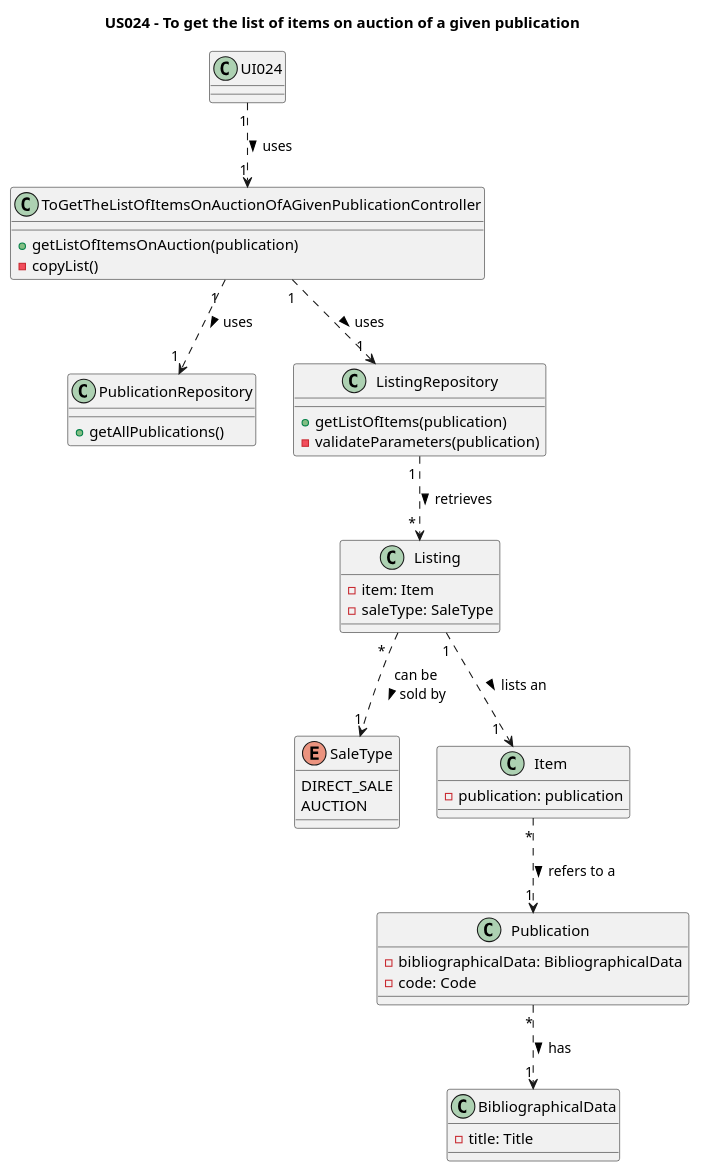
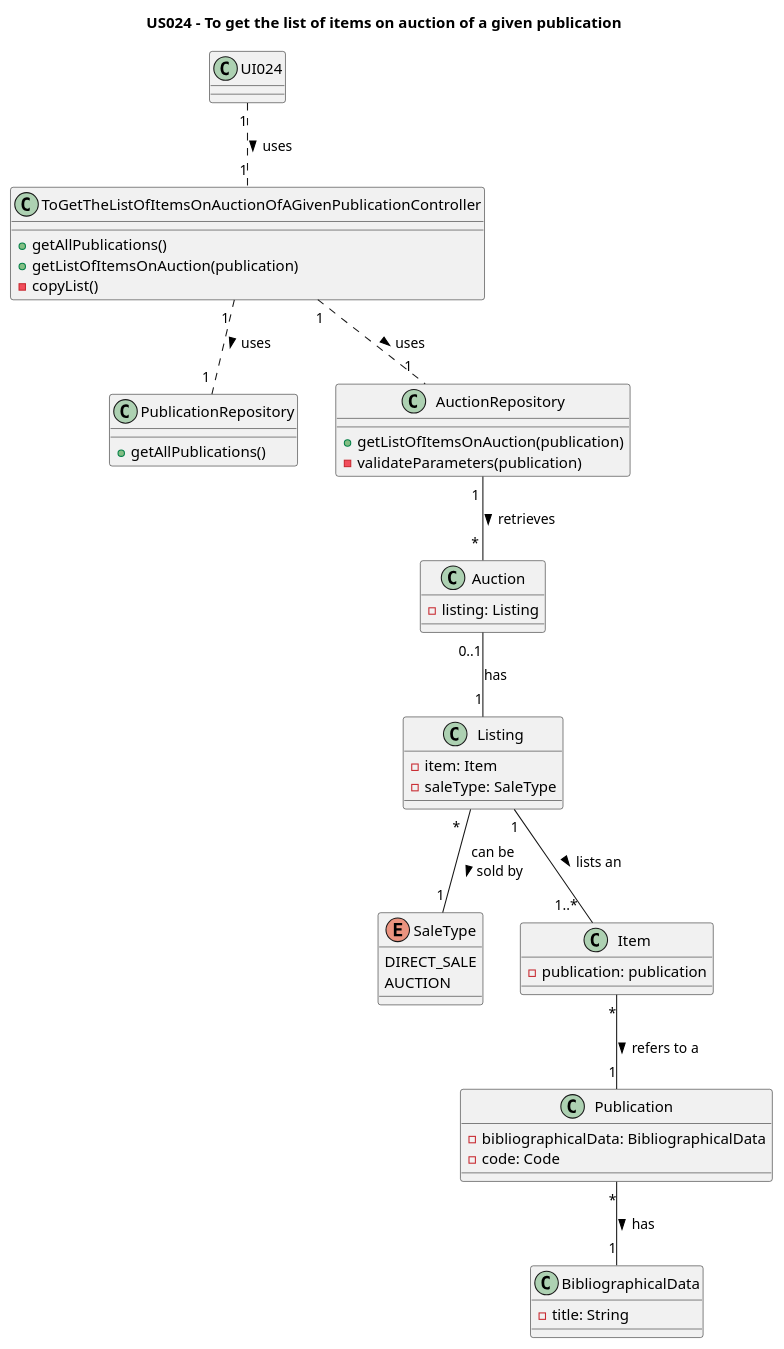
One commit to AndrePereiraGitH/SWitCH-Project-Team_A changed the diagram in Diagrams/ClassDiagrams/US024-to-get-the-list-of-items-on-auction-of-a-given-publication.puml. Above: the diagram before and after it, drawn with PlantUML. The commit also changed 1 other file, not shown here.

```diff
--- a/Diagrams/ClassDiagrams/US024-to-get-the-list-of-items-on-auction-of-a-given-publication.puml
+++ b/Diagrams/ClassDiagrams/US024-to-get-the-list-of-items-on-auction-of-a-given-publication.puml
@@ -1,62 +1,67 @@
 @startuml
 title US024 - To get the list of items on auction of a given publication
 
 class UI024 {
 
 }
 
 class ToGetTheListOfItemsOnAuctionOfAGivenPublicationController {
+  +getAllPublications()
   +getListOfItemsOnAuction(publication)
   -copyList()
 }
 
 class PublicationRepository{
     +getAllPublications()
 }
 
-class ListingRepository {
-  +getListOfItems(publication)
-  ' -convertStringToEnum(typeOfSale, publication)
+class AuctionRepository {
+  +getListOfItemsOnAuction(publication)
   -validateParameters(publication)
+}
+
+class Auction {
+ - listing: Listing
 }
 
 class Listing {
   - item: Item
   - saleType: SaleType
 }
 
 enum SaleType {
     DIRECT_SALE
     AUCTION
 }
 
 ' class Item {
 '    - bibliographicalData: BibliographicalData
 '}
 
 class Item {
     - publication: publication
 }
 
 class Publication {
     - bibliographicalData: BibliographicalData
     - code: Code
 }
 
 class BibliographicalData {
-    - title: Title
+    - title: String
 }
 
 ' Interactions
 
-UI024 "1" ..> "1" ToGetTheListOfItemsOnAuctionOfAGivenPublicationController: uses >
-ToGetTheListOfItemsOnAuctionOfAGivenPublicationController  "1 " ..> "1 " ListingRepository : uses >
-ToGetTheListOfItemsOnAuctionOfAGivenPublicationController  "1 " ..> "1 " PublicationRepository : uses >
-ListingRepository "1 " ..> " * " Listing : retrieves >
-Listing "                                *" ..> "1" SaleType : can be\nsold by >
-Listing "1" ..> "1  " Item : lists an >
+UI024 "1" .. "1" ToGetTheListOfItemsOnAuctionOfAGivenPublicationController: uses >
+ToGetTheListOfItemsOnAuctionOfAGivenPublicationController  "1 " .. "1 " AuctionRepository : uses >
+ToGetTheListOfItemsOnAuctionOfAGivenPublicationController  "1 " .. "1 " PublicationRepository : uses >
+AuctionRepository "1 " -- " * " Auction : retrieves >
+Auction "0..1" -- "1" Listing : has
+Listing "                                *" -- "1" SaleType : can be\nsold by >
+Listing "1" -- "1..*  " Item : lists an >
 ' Item "*" -- "1" BibliographicalData: has >
-Item "*" ..> "1" Publication: refers to a >
-Publication "*" ..> "1" BibliographicalData: has >
+Item "*" -- "1" Publication: refers to a >
+Publication "*" -- "1" BibliographicalData: has >
 
 @enduml
```
